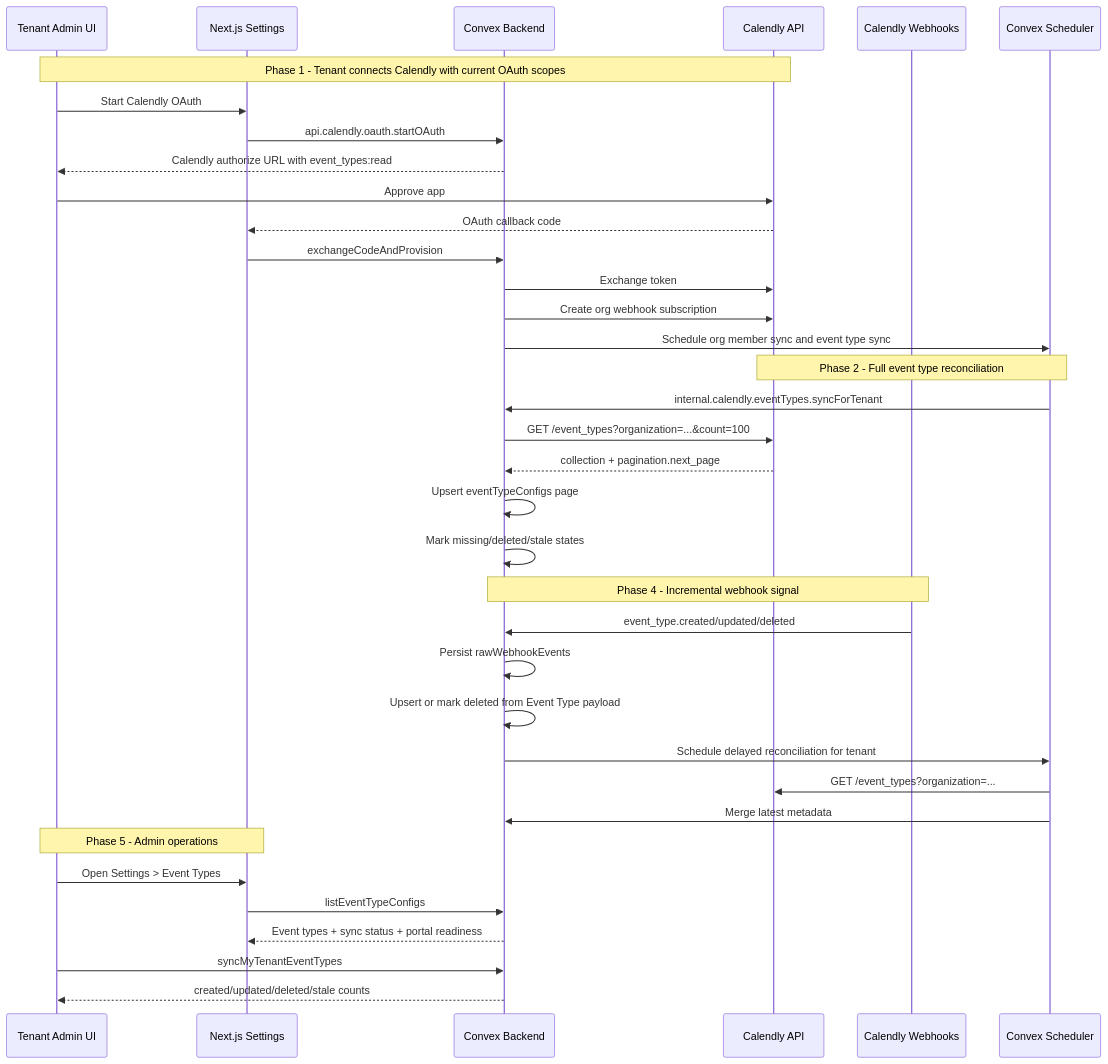
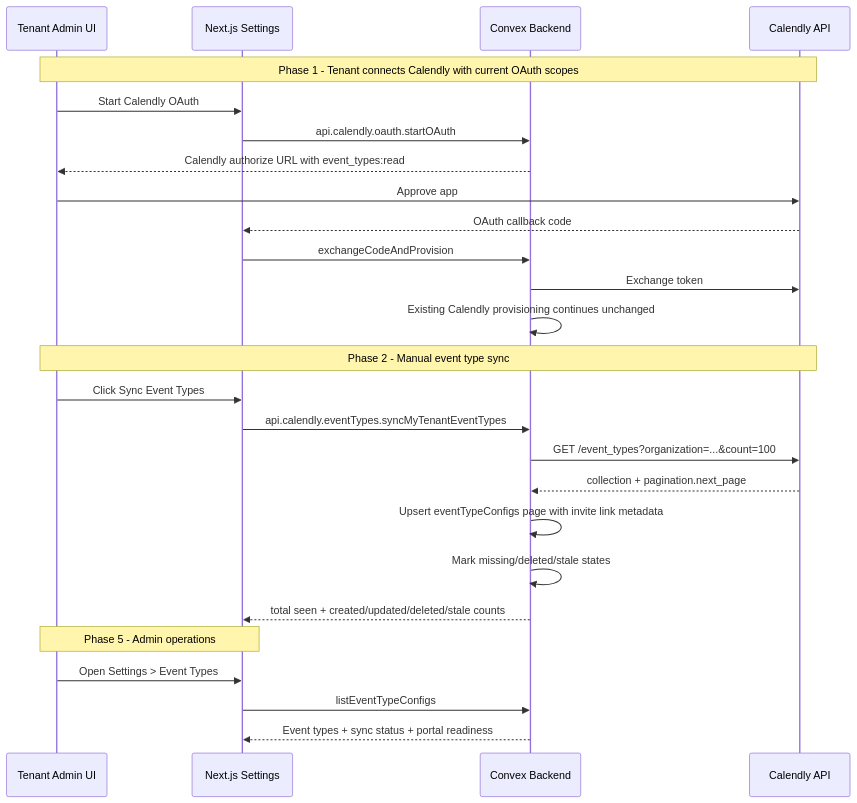
Before and after one commit to MagnusVA/magnus-crm: the diagram in plans/calendly-event-type-sync/calendly-event-type-sync-design.md, drawn with Mermaid. The commit also changed other lines of this file and 9 other files, not shown here.

First line of the commit message:
Generate DM links for all program event types

````diff
--- a/plans/calendly-event-type-sync/calendly-event-type-sync-design.md
+++ b/plans/calendly-event-type-sync/calendly-event-type-sync-design.md
@@ -82,42 +83,31 @@
 ```mermaid
 sequenceDiagram
     participant Admin as Tenant Admin UI
     participant Next as Next.js Settings
     participant CVX as Convex Backend
     participant CAL as Calendly API
-    participant WH as Calendly Webhooks
-    participant Jobs as Convex Scheduler
 
     Note over Admin,CAL: Phase 1 - Tenant connects Calendly with current OAuth scopes
     Admin->>Next: Start Calendly OAuth
     Next->>CVX: api.calendly.oauth.startOAuth
     CVX-->>Admin: Calendly authorize URL with event_types:read
     Admin->>CAL: Approve app
     CAL-->>Next: OAuth callback code
     Next->>CVX: exchangeCodeAndProvision
     CVX->>CAL: Exchange token
-    CVX->>CAL: Create org webhook subscription
-    CVX->>Jobs: Schedule org member sync and event type sync
+    CVX->>CVX: Existing Calendly provisioning continues unchanged
 
-    Note over Jobs,CAL: Phase 2 - Full event type reconciliation
-    Jobs->>CVX: internal.calendly.eventTypes.syncForTenant
+    Note over Admin,CAL: Phase 2 - Manual event type sync
+    Admin->>Next: Click Sync Event Types
+    Next->>CVX: api.calendly.eventTypes.syncMyTenantEventTypes
     CVX->>CAL: GET /event_types?organization=...&count=100
     CAL-->>CVX: collection + pagination.next_page
-    CVX->>CVX: Upsert eventTypeConfigs page
+    CVX->>CVX: Upsert eventTypeConfigs page with invite link metadata
     CVX->>CVX: Mark missing/deleted/stale states
-
-    Note over WH,CVX: Phase 4 - Incremental webhook signal
-    WH->>CVX: event_type.created/updated/deleted
-    CVX->>CVX: Persist rawWebhookEvents
-    CVX->>CVX: Upsert or mark deleted from Event Type payload
-    CVX->>Jobs: Schedule delayed reconciliation for tenant
-    Jobs->>CAL: GET /event_types?organization=...
-    Jobs->>CVX: Merge latest metadata
+    CVX-->>Next: total seen + created/updated/deleted/stale counts
 
     Note over Admin,Next: Phase 5 - Admin operations
     Admin->>Next: Open Settings > Event Types
     Next->>CVX: listEventTypeConfigs
     CVX-->>Next: Event types + sync status + portal readiness
-    Admin->>CVX: syncMyTenantEventTypes
-    CVX-->>Admin: created/updated/deleted/stale counts
 ```
````
